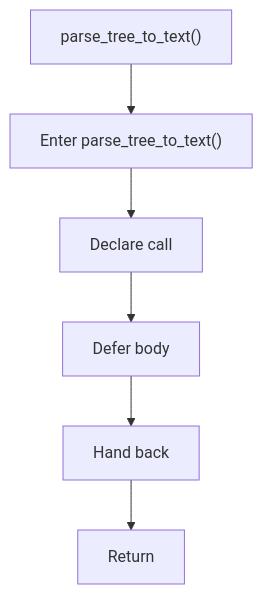
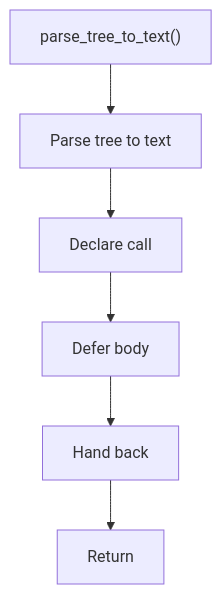
One commit to JohnAndrewBalbarosa/NeoTerritory changed the diagram in docs/Codebase/Microservice/Modules/Header/SyntacticBrokenAST/Trees/Actual/Flow/functions/parse_tree_to_text.hpp.md. Above: the diagram before and after it, drawn with Mermaid. The commit also changed other lines of this file and 925 other files, not shown here.

````diff
--- a/docs/Codebase/Microservice/Modules/Header/SyntacticBrokenAST/Trees/Actual/Flow/functions/parse_tree_to_text.hpp.md
+++ b/docs/Codebase/Microservice/Modules/Header/SyntacticBrokenAST/Trees/Actual/Flow/functions/parse_tree_to_text.hpp.md
@@ -16,14 +16,14 @@
 ```mermaid
 flowchart TD
     Start["parse_tree_to_text()"]
-    N0["Enter parse_tree_to_text()"]
+    N0["Parse tree to text"]
     N1["Declare call"]
     N2["Defer body"]
     N3["Hand back"]
     End["Return"]
     Start --> N0
     N0 --> N1
     N1 --> N2
     N2 --> N3
     N3 --> End
 ```
````
